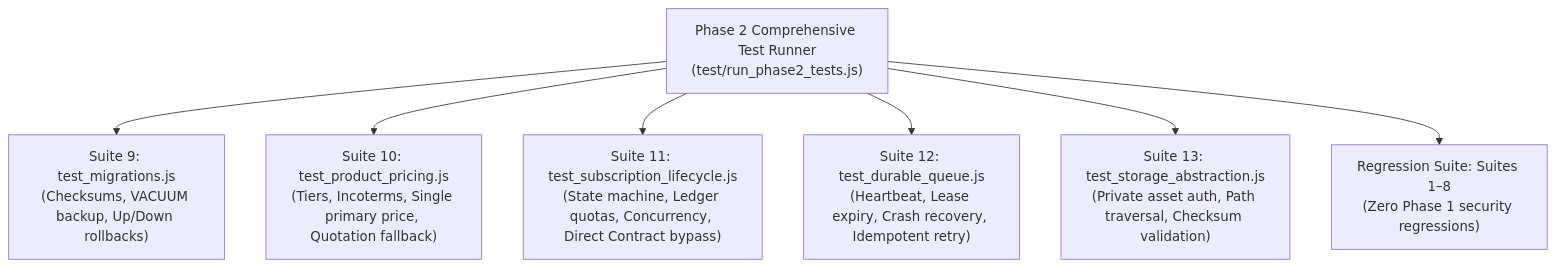
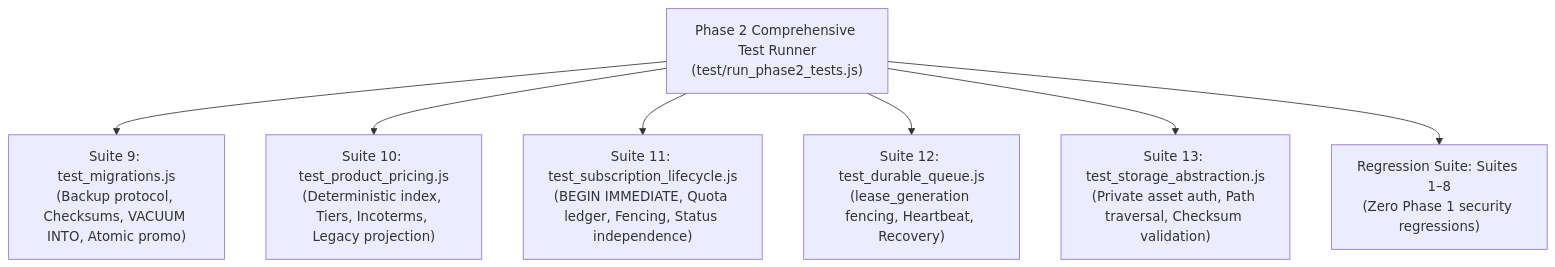
One commit to bassiony58-ux/zarsev changed the diagram in docs/phase2_test_strategy.md. Above: the diagram before and after it, drawn with Mermaid. The commit also changed other lines of this file and 3 other files, not shown here.

Commit message:
docs(architecture): Phase 2 hardened technical corrections - deterministic partial index, 8-phase backup protocol, atomic quota consumption, and worker fencing

````diff
--- a/docs/phase2_test_strategy.md
+++ b/docs/phase2_test_strategy.md
@@ -42,10 +43,10 @@
 ```mermaid
 flowchart TD
     Runner["Phase 2 Comprehensive Test Runner<br/>(test/run_phase2_tests.js)"]
-    Runner --> TS1["Suite 9: test_migrations.js<br/>(Checksums, VACUUM backup, Up/Down rollbacks)"]
-    Runner --> TS2["Suite 10: test_product_pricing.js<br/>(Tiers, Incoterms, Single primary price, Quotation fallback)"]
-    Runner --> TS3["Suite 11: test_subscription_lifecycle.js<br/>(State machine, Ledger quotas, Concurrency, Direct Contract bypass)"]
-    Runner --> TS4["Suite 12: test_durable_queue.js<br/>(Heartbeat, Lease expiry, Crash recovery, Idempotent retry)"]
+    Runner --> TS1["Suite 9: test_migrations.js<br/>(Backup protocol, Checksums, VACUUM INTO, Atomic promo)"]
+    Runner --> TS2["Suite 10: test_product_pricing.js<br/>(Deterministic index, Tiers, Incoterms, Legacy projection)"]
+    Runner --> TS3["Suite 11: test_subscription_lifecycle.js<br/>(BEGIN IMMEDIATE, Quota ledger, Fencing, Status independence)"]
+    Runner --> TS4["Suite 12: test_durable_queue.js<br/>(lease_generation fencing, Heartbeat, Recovery)"]
     Runner --> TS5["Suite 13: test_storage_abstraction.js<br/>(Private asset auth, Path traversal, Checksum validation)"]
     Runner --> Regression["Regression Suite: Suites 1–8<br/>(Zero Phase 1 security regressions)"]
 ```
````
